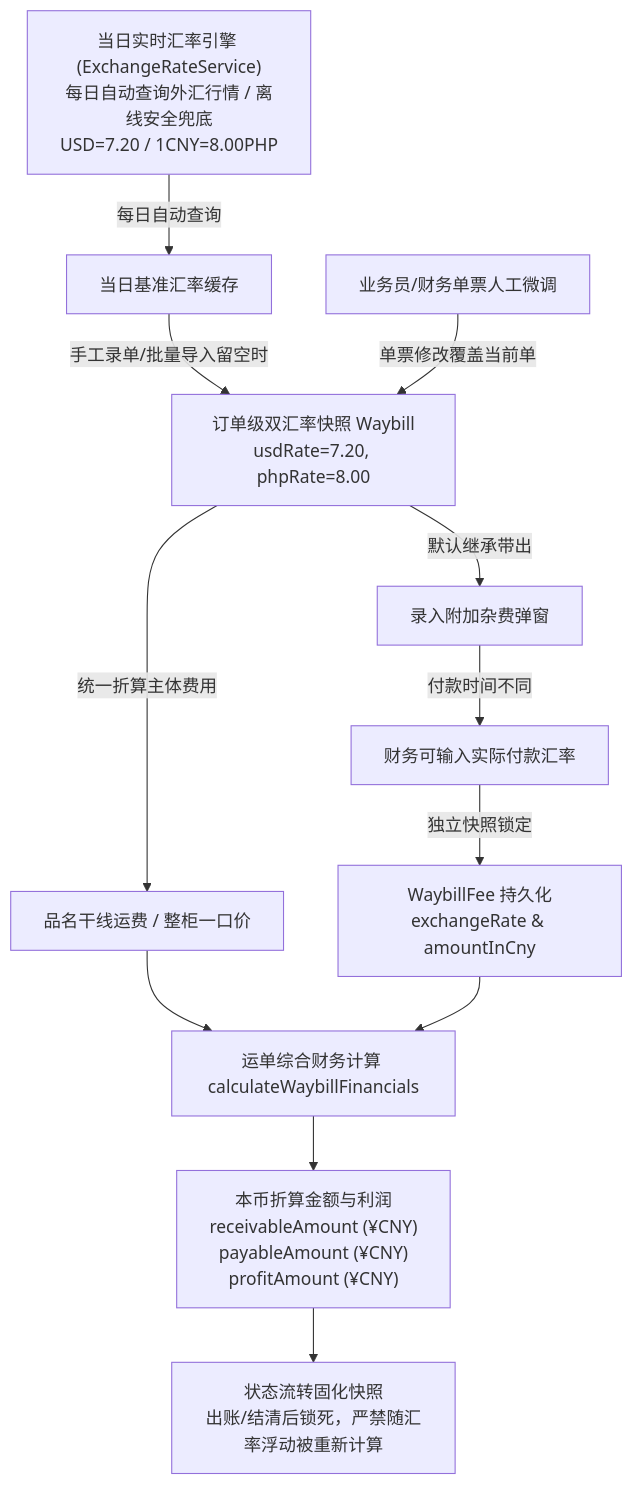
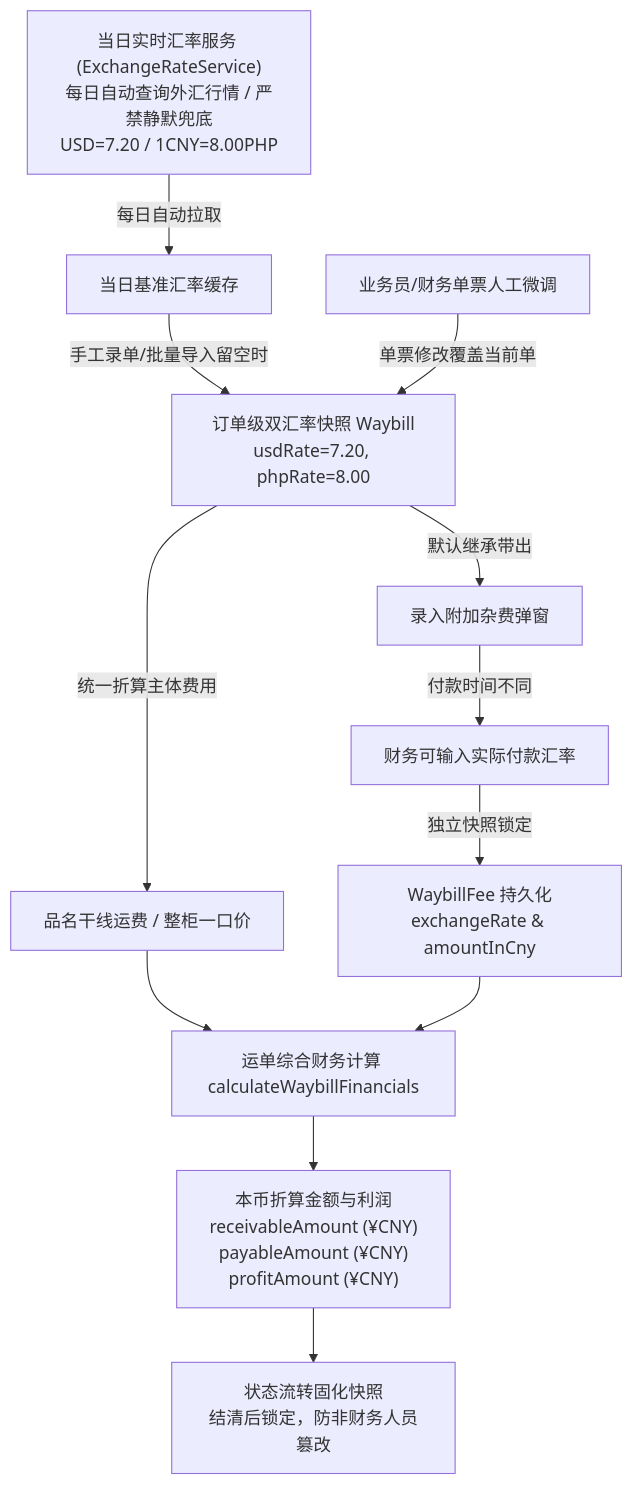
Before and after one commit to cccckv/global-link-logistics: the second of 2 diagrams in docs/knowledge/04_FINANCE_COST.md, drawn with Mermaid. The commit also changed other lines of this file and 15 other files, not shown here.

````diff
--- a/docs/knowledge/04_FINANCE_COST.md
+++ b/docs/knowledge/04_FINANCE_COST.md
@@ -60,17 +117,17 @@
 ```mermaid
 flowchart TD
-    API["当日实时汇率引擎 (ExchangeRateService)\n每日自动查询外汇行情 / 离线安全兜底\nUSD=7.20 / 1CNY=8.00PHP"] -->|每日自动查询| TODAY[当日基准汇率缓存]
+    API["当日实时汇率服务 (ExchangeRateService)\n每日自动查询外汇行情 / 严禁静默兜底\nUSD=7.20 / 1CNY=8.00PHP"] -->|每日自动拉取| TODAY[当日基准汇率缓存]
     TODAY -->|手工录单/批量导入留空时| WB["订单级双汇率快照 Waybill\nusdRate=7.20, phpRate=8.00"]
     USER[业务员/财务单票人工微调] -->|单票修改覆盖当前单| WB
     
     WB -->|统一折算主体费用| MAIN_CALC[品名干线运费 / 整柜一口价]
     WB -->|默认继承带出| FEE_INPUT[录入附加杂费弹窗]
     FEE_INPUT -->|付款时间不同| FEE_CUSTOM[财务可输入实际付款汇率]
     FEE_CUSTOM -->|独立快照锁定| FEE_DB[WaybillFee 持久化\nexchangeRate & amountInCny]
     
     MAIN_CALC --> CALC[运单综合财务计算 calculateWaybillFinancials]
     FEE_DB --> CALC
     
     CALC --> CNY["本币折算金额与利润\nreceivableAmount (¥CNY)\npayableAmount (¥CNY)\nprofitAmount (¥CNY)"]
-    CNY --> LOCK[状态流转固化快照\n出账/结清后锁死，严禁随汇率浮动被重新计算]
+    CNY --> LOCK[状态流转固化快照\n结清后锁定，防非财务人员篡改]
 ```
````
